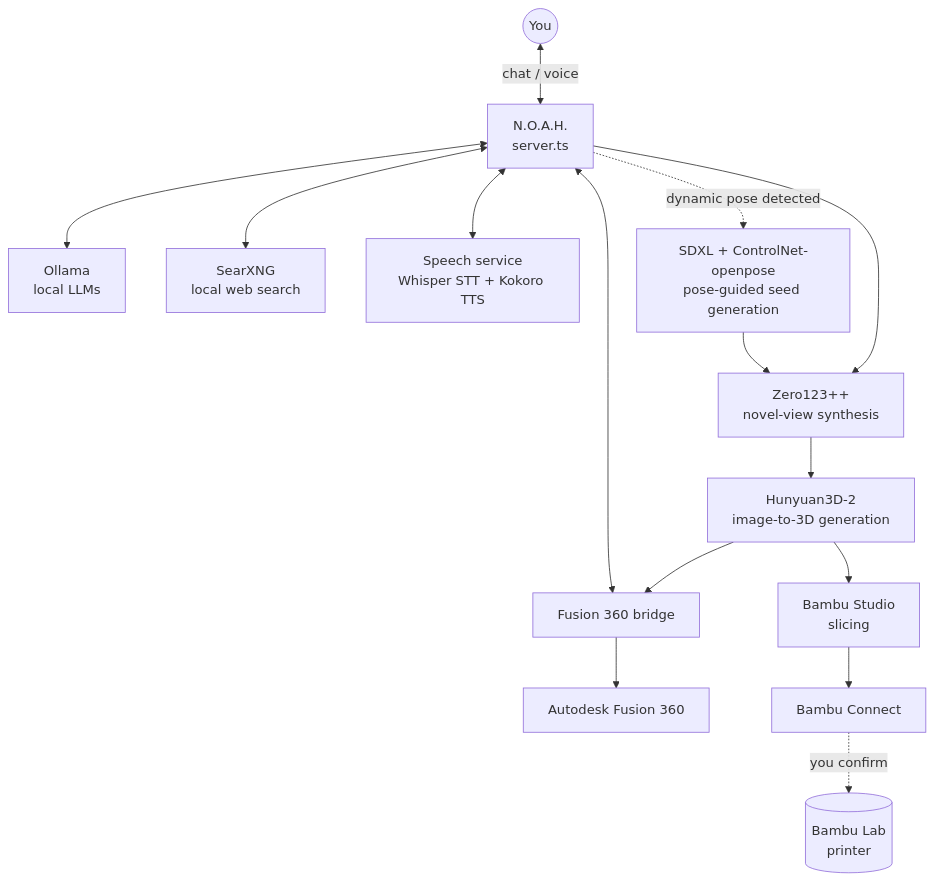
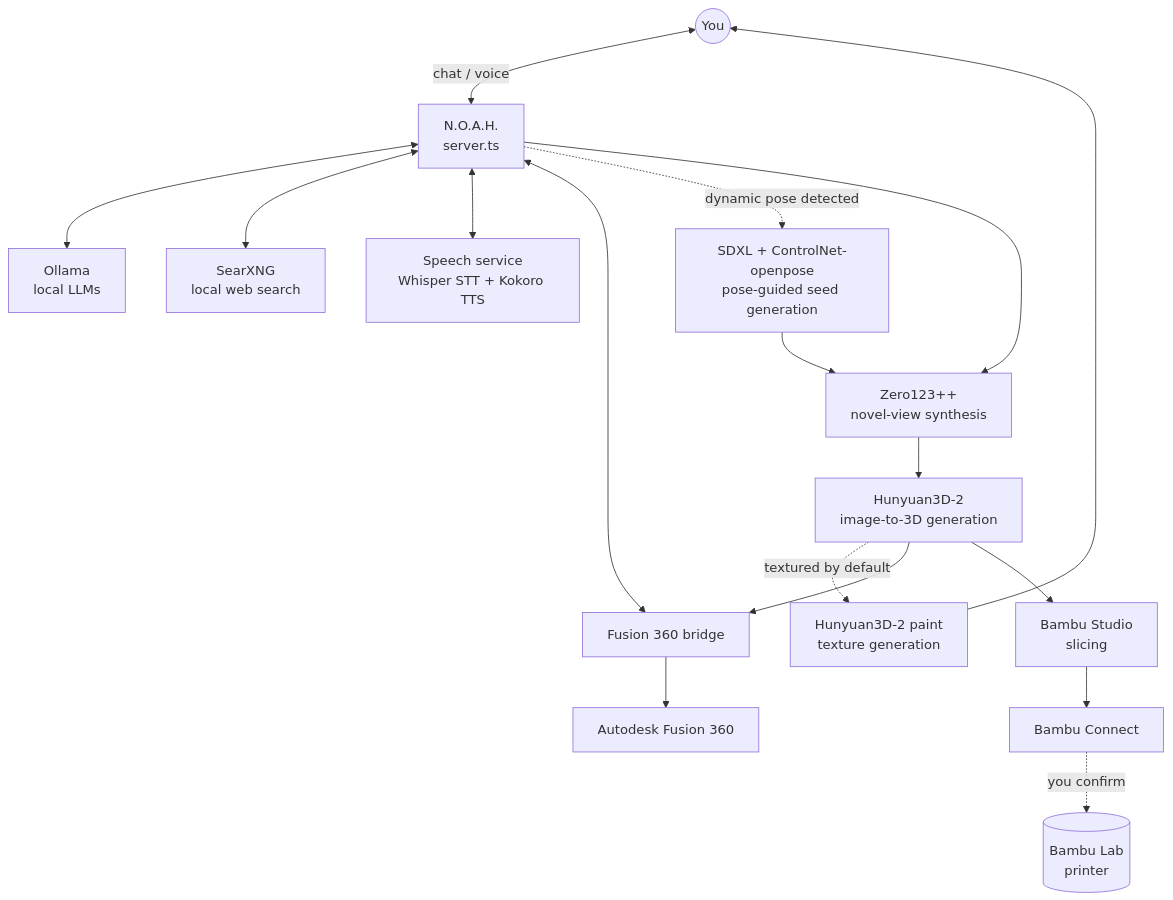
The diagram in README.md (Noel-b02/N.O.A.H), drawn with Mermaid before and after one commit. The commit also changed other lines of this file and 13 other files, not shown here.

````diff
--- a/README.md
+++ b/README.md
@@ -61,19 +66,21 @@
 ```mermaid
 graph TD
     You(("You")) <-->|chat / voice| Noah["N.O.A.H.<br/>server.ts"]
 
     Noah <--> Ollama["Ollama<br/>local LLMs"]
     Noah <--> SearXNG["SearXNG<br/>local web search"]
     Noah <--> Speech["Speech service<br/>Whisper STT + Kokoro TTS"]
     Noah <--> Bridge["Fusion 360 bridge"]
     Noah -.dynamic pose detected.-> PoseSeed["SDXL + ControlNet-openpose<br/>pose-guided seed generation"]
     PoseSeed --> NovelView
     Noah --> NovelView["Zero123++<br/>novel-view synthesis"]
     NovelView --> Hunyuan["Hunyuan3D-2<br/>image-to-3D generation"]
+    Hunyuan -.textured by default.-> TexturePaint["Hunyuan3D-2 paint<br/>texture generation"]
+    TexturePaint --> You
 
     Hunyuan --> Bridge
     Hunyuan --> Slicer["Bambu Studio<br/>slicing"]
     Slicer --> Connect["Bambu Connect"]
     Connect -.you confirm.-> Printer[("Bambu Lab<br/>printer")]
     Bridge --> Fusion["Autodesk Fusion 360"]
 ```
````
